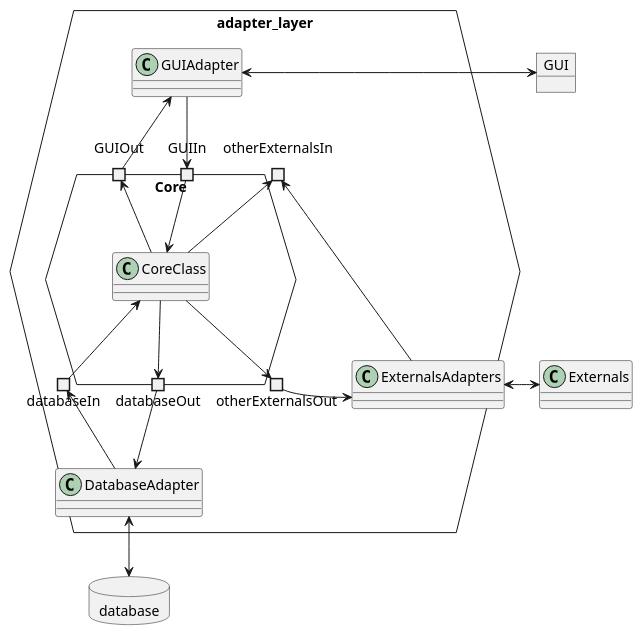
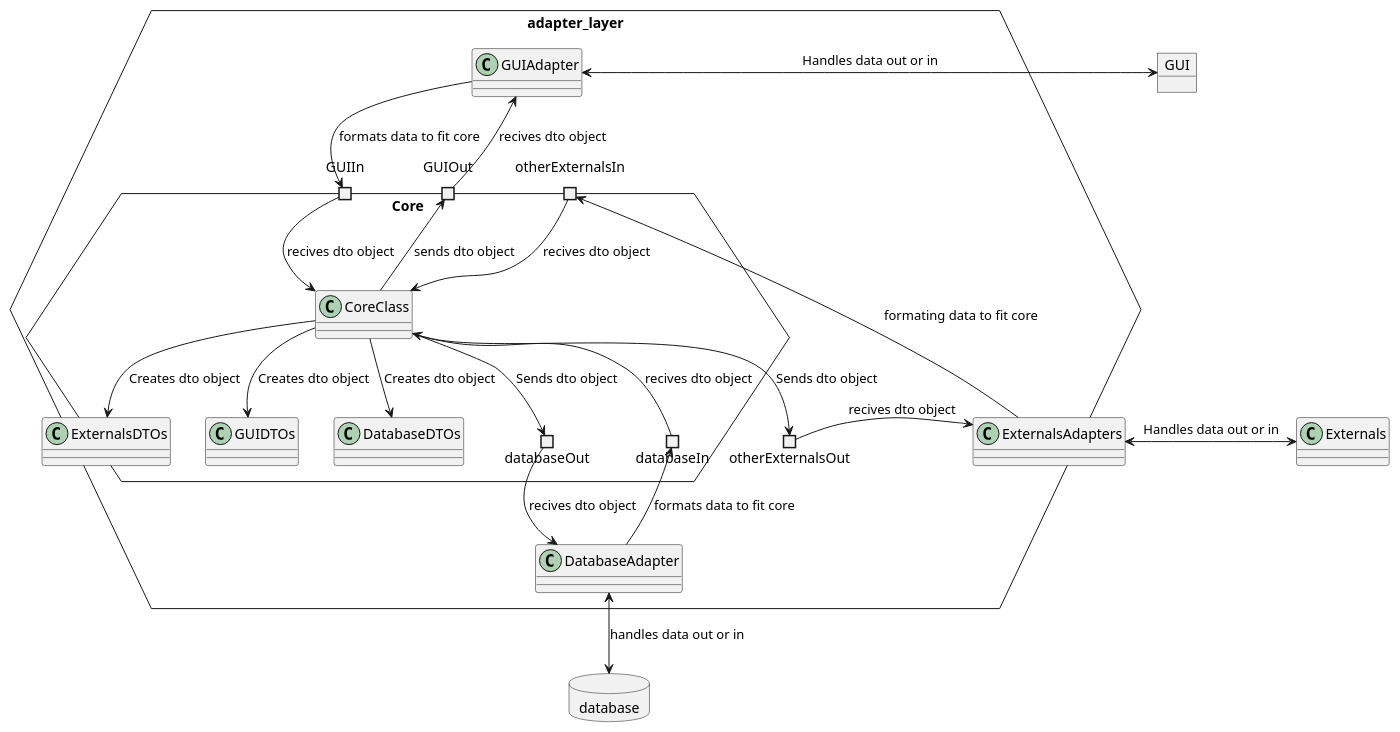
One commit to MaRoeIT/SoftwareEng_Gruppe_13 changed the diagram in SET_gruppe_13/src/main/java/no/hiof/g13/uml/Arcitecture.puml. Above: the diagram before and after it, drawn with PlantUML. The commit also changed 5 other files, not shown here.

First line of the commit message:
Improved arkitekture uml

```diff
--- a/SET_gruppe_13/src/main/java/no/hiof/g13/uml/Arcitecture.puml
+++ b/SET_gruppe_13/src/main/java/no/hiof/g13/uml/Arcitecture.puml
@@ -1,45 +1,51 @@
 @startuml
 'https://plantuml.com/deployment-diagram
 allowmixing
 
 class Externals
 database database
 hexagon adapter_layer{
     class ExternalsAdapters
     hexagon Core{
         portout databaseIn
         portout databaseOut
         portin GUIOut
+        class ExternalsDTOs
         class CoreClass
+        class GUIDTOs
+        class DatabaseDTOs
 
         portin GUIIn
         portout otherExternalsOut
         portin otherExternalsIn
     }
     class DatabaseAdapter{
 
     }
     class GUIAdapter{
 
     }
 }
-CoreClass --> otherExternalsOut
-CoreClass --> otherExternalsIn
-otherExternalsOut -r-> ExternalsAdapters
-otherExternalsIn <-r- ExternalsAdapters
-ExternalsAdapters <-r-> Externals
+CoreClass --> ExternalsDTOs : Creates dto object
+CoreClass --> otherExternalsOut : Sends dto object
+CoreClass <-- otherExternalsIn : recives dto object
+otherExternalsOut -r-> ExternalsAdapters : recives dto object
+otherExternalsIn <-r- ExternalsAdapters : formating data to fit core
+ExternalsAdapters <-r-> Externals : Handles data out or in
 
 object GUI
-CoreClass --> databaseOut
-CoreClass <-- databaseIn
-databaseOut -d-> DatabaseAdapter
-databaseIn <-d- DatabaseAdapter
-DatabaseAdapter <-d-> database
+CoreClass --> DatabaseDTOs : Creates dto object
+CoreClass --> databaseOut : Sends dto object
+CoreClass <-- databaseIn : recives dto object
+databaseOut -d-> DatabaseAdapter : recives dto object
+databaseIn <-d- DatabaseAdapter : formats data to fit core
+DatabaseAdapter <-d-> database : handles data out or in
 
-CoreClass --> GUIOut
-CoreClass <-- GUIIn
-GUIOut -u-> GUIAdapter
-GUIIn <-r- GUIAdapter
-GUIAdapter <-r-> GUI
+CoreClass --> GUIDTOs : Creates dto object
+CoreClass --> GUIOut : sends dto object
+CoreClass <-- GUIIn : recives dto object
+GUIOut -u-> GUIAdapter : recives dto object
+GUIIn <-r- GUIAdapter : formats data to fit core
+GUIAdapter <-r-> GUI : Handles data out or in
 
 @enduml
```
